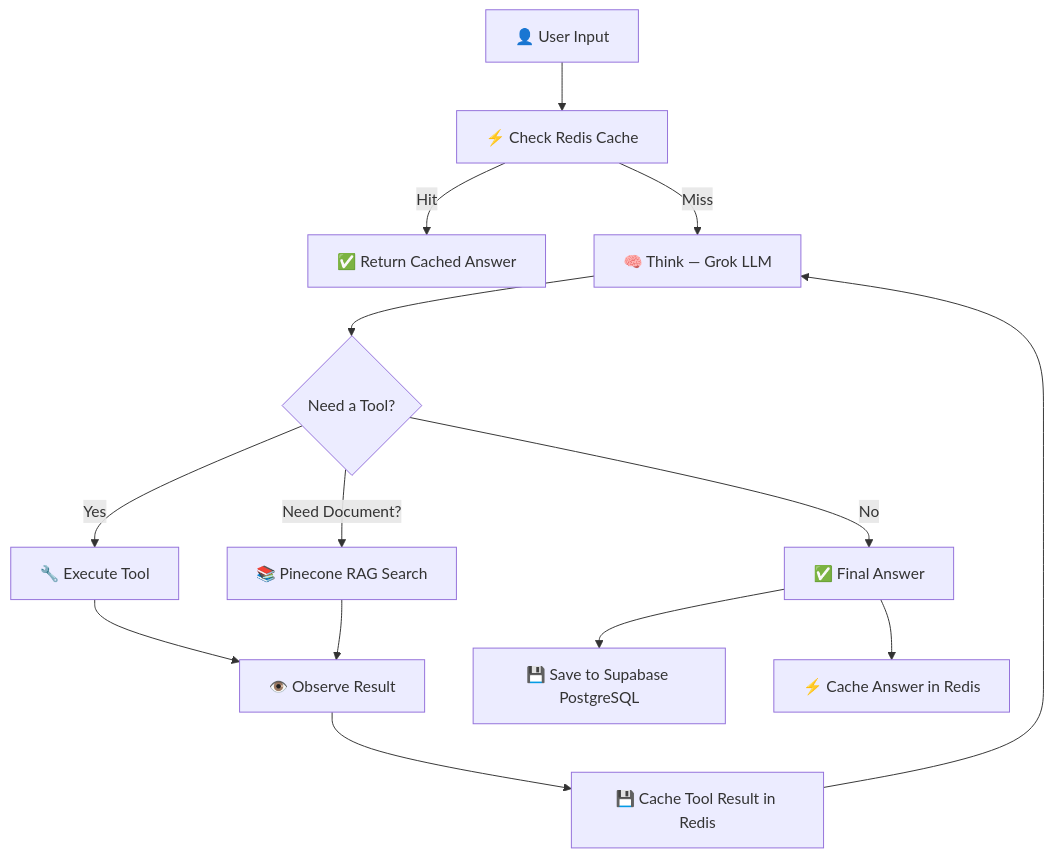
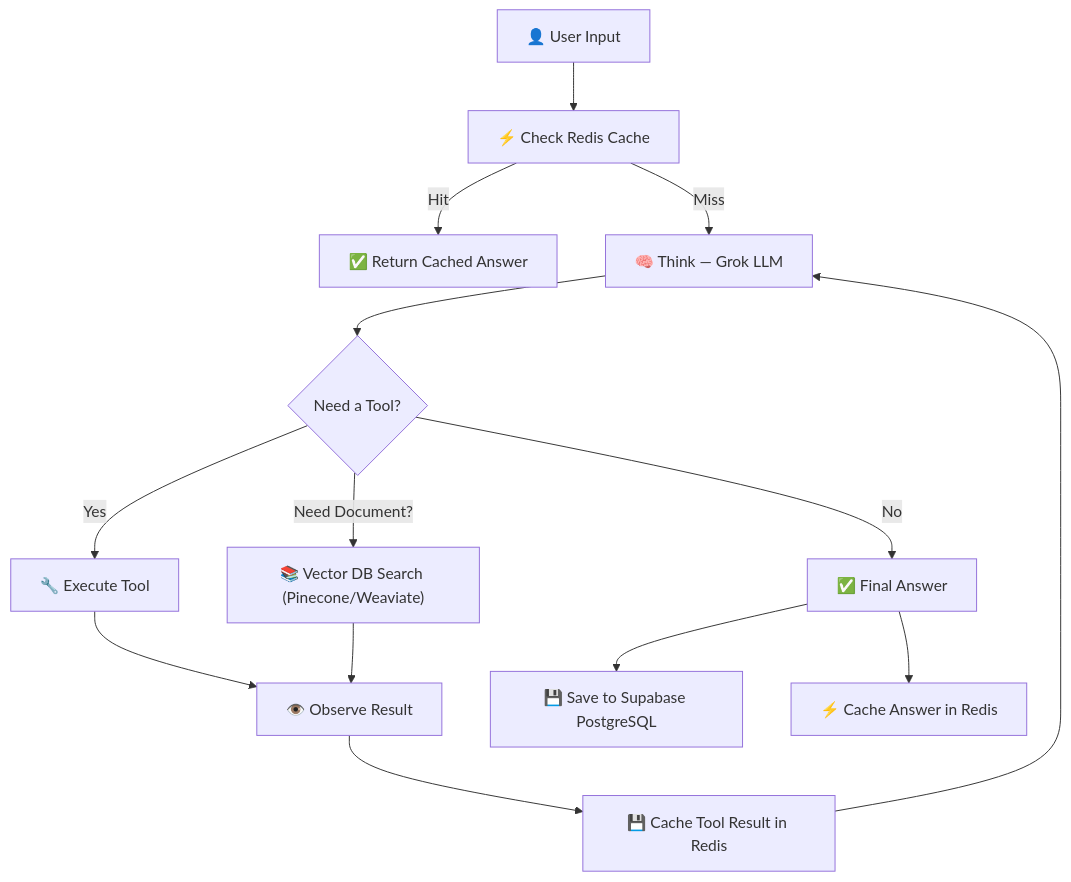
The diagram in README.md (ranvirdeshmukh2004/My-AI-ReAct-Framework), drawn with Mermaid before and after one commit. The commit also changed other lines of this file and 11 other files, not shown here.

First line of the commit message:
feat: multi-provider vector DB selection (Pinecone + Weaviate + Qdrant)

````diff
--- a/README.md
+++ b/README.md
@@ -26,16 +28,16 @@
 ```mermaid
 graph TD
     A["👤 User Input"] --> B["⚡ Check Redis Cache"]
     B -->|Hit| Z["✅ Return Cached Answer"]
     B -->|Miss| C["🧠 Think — Grok LLM"]
     C --> D{"Need a Tool?"}
     D -->|Yes| E["🔧 Execute Tool"]
     E --> F["👁️ Observe Result"]
     F --> G["💾 Cache Tool Result in Redis"]
     G --> C
-    D -->|"Need Document?"| P["📚 Pinecone RAG Search"]
+    D -->|"Need Document?"| P["📚 Vector DB Search (Pinecone/Weaviate)"]
     P --> F
     D -->|No| H["✅ Final Answer"]
     H --> I["💾 Save to Supabase PostgreSQL"]
     H --> J["⚡ Cache Answer in Redis"]
 ```
````
